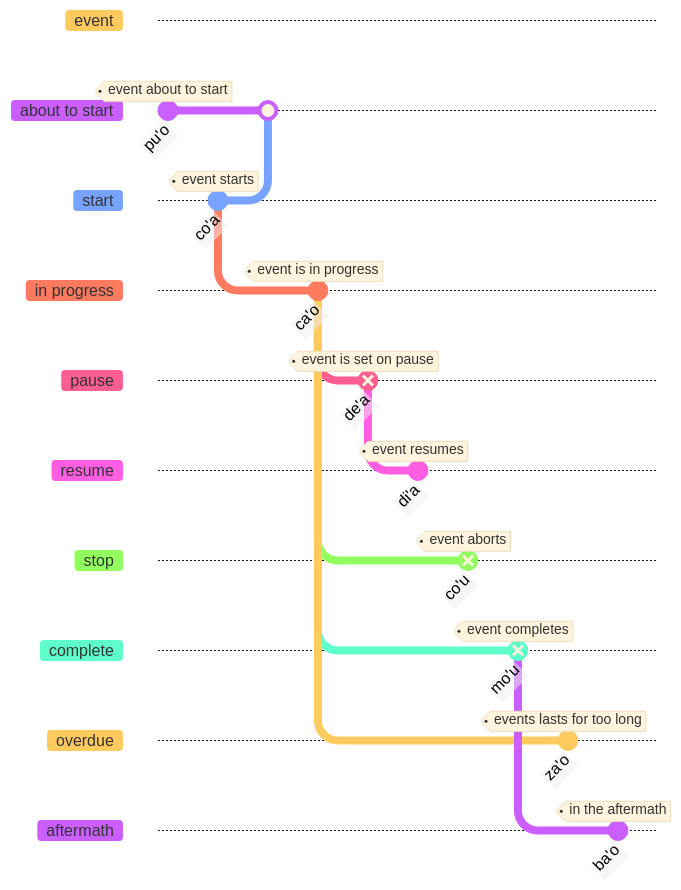
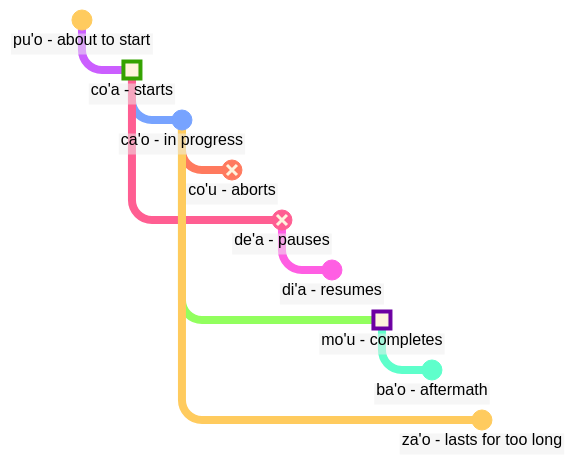
One commit to La-Lojban/lojban.pw changed the fourth of 4 diagrams in data/pages/books/learn-lojban.md. Above: the diagram before and after it, drawn with Mermaid. The commit also changed 1 other file, not shown here.

Commit message:
fix: 🐛 improve ll content diagram

````diff
--- a/data/pages/books/learn-lojban.md
+++ b/data/pages/books/learn-lojban.md
@@ -7358,67 +7358,64 @@
 ```mermaid
 %%{
     init: { 
         'logLevel': 'debug',
         'theme': 'base',
         'themeVariables': {
                 'commitLabelColor': '#000',
                 'commitLabelBackground': '#eee',
                 'commitLabelFontSize': '16px',
                 'tagLabelFontSize': '14px'
         },
+        'htmlLabels': true,
         'gitGraph': {
             'showCommitLabel':true,
-            'mainBranchName': 'event'
+            'mainBranchName': 'event',
+            'rotateCommitLabel': false,
+            'showBranches': false
         }
     }
 }%%
 
 gitGraph
-    checkout event
-    branch "about to start"
-    commit id: "pu'o" tag: "event about to start"
-
     %% checkout event
     %% branch "start early"
     %% checkout "start early"
     %% commit id: "xa'o"
 
     checkout event
-    branch "start"
-    commit id: "co'a" tag: "event starts"
+    commit id: "pu'o - about to start"
+
+    checkout event
+    branch start
+    commit id: "co'a - starts" type:HIGHLIGHT
+
+    checkout start
+    branch progress
+    commit id: "ca'o - in progress"
+
+    checkout progress
+    branch stop
+    commit id: "co'u - aborts" type: REVERSE
+
+    checkout start
+    branch "pause"
+    commit id: "de'a - pauses" type: REVERSE
+
+    checkout "pause"
+    branch resume
+    commit id: "di'a - resumes"
 
     %% checkout "start early"
     %% merge start
+    checkout progress
+    branch completion
+    commit id: "mo'u - completes" type: HIGHLIGHT
 
-    checkout "about to start"
-    merge start
-    %% commit id: "#nbsp;" tag: "event continues"
+    checkout completion
+    branch aftermath
+    commit id: "ba'o - aftermath"
 
-    checkout start
-    branch "in progress"
-    commit id: "ca'o" tag: "event is in progress"
-
-    checkout "in progress"
-    branch "pause"
-    commit id: "de'a" tag: "event is set on pause" type: REVERSE
-
-    checkout "pause"
-    branch "resume"
-    commit id: "di'a" tag: "event resumes"
-
-    checkout "in progress"
-    branch stop
-    commit id: "co'u" tag: "event aborts" type: REVERSE
-
-    checkout "in progress"
-    branch complete
-    commit id: "mo'u" tag: "event completes" type: REVERSE
-
-    checkout "in progress"
-    branch "overdue"
-    commit id: "za'o" tag: "events lasts for too long"
-
-    checkout "complete"
-    branch aftermath
-    commit id: "ba'o" tag: "in the aftermath"
+    checkout progress
+    branch overdue
+    commit id: "za'o - lasts for too long"
 ```
````
